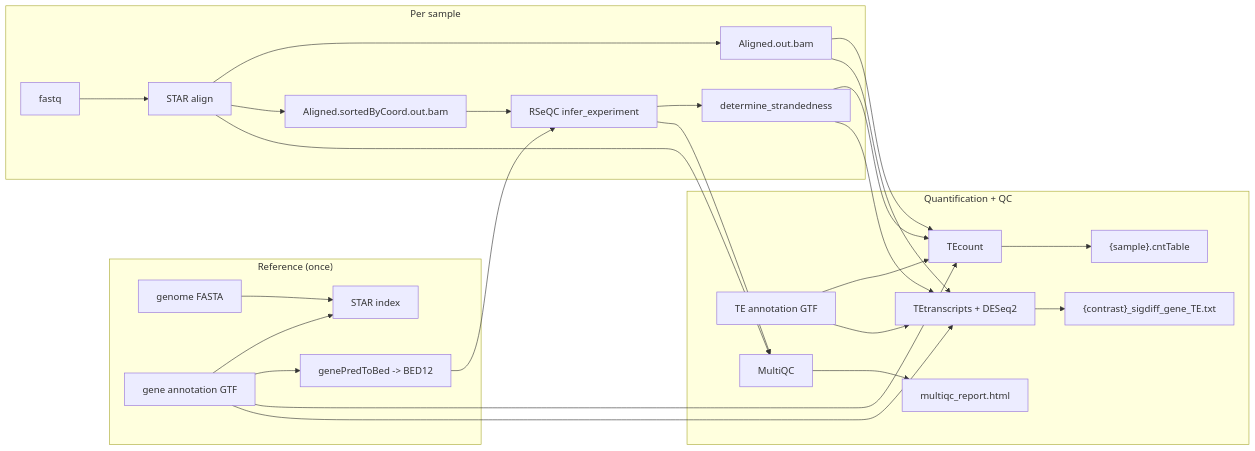
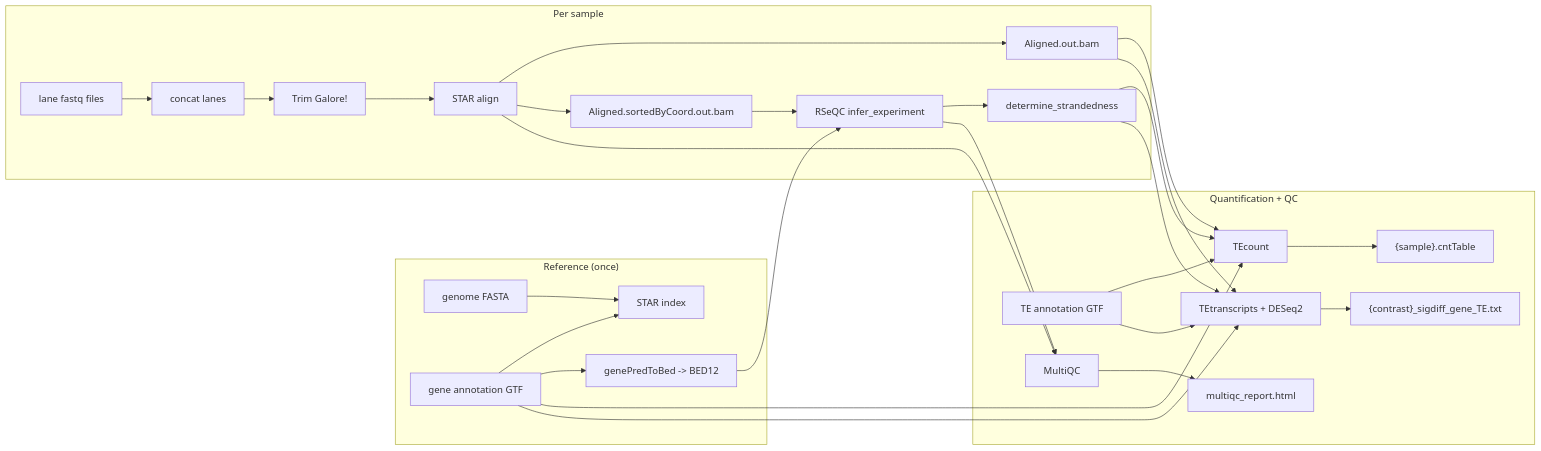
The diagram in README.md (altintasali/TEtranscripts-pipe), drawn with Mermaid before and after one commit. The commit also changed other lines of this file and 32 other files, not shown here.

First line of the commit message:
Add TrimGalore! trimming and multi-lane fastq merging

````diff
--- a/README.md
+++ b/README.md
@@ -9,35 +9,35 @@
 ```mermaid
 flowchart LR
     subgraph refs["Reference (once)"]
         fasta[genome FASTA] --> staridx[STAR index]
         gtf[gene annotation GTF] --> staridx
         gtf --> bed12[genePredToBed -> BED12]
     end
 
     subgraph sample["Per sample"]
-        fq[fastq] --> align[STAR align]
+        lanes[lane fastq files] --> merge[concat lanes] --> trim[Trim Galore!] --> align[STAR align]
         align --> unsorted[Aligned.out.bam]
         align --> sorted[Aligned.sortedByCoord.out.bam]
         sorted --> infer[RSeQC infer_experiment]
         bed12 --> infer
         infer --> strand[determine_strandedness]
     end
 
     subgraph quant["Quantification + QC"]
         unsorted --> tecount[TEcount]
         gtf --> tecount
         teg[TE annotation GTF] --> tecount
         strand --> tecount
         tecount --> cnt["{sample}.cntTable"]
 
         unsorted --> diffexp[TEtranscripts + DESeq2]
         gtf --> diffexp
         teg --> diffexp
         strand --> diffexp
         diffexp --> sig["{contrast}_sigdiff_gene_TE.txt"]
 
         align --> multiqc[MultiQC]
         infer --> multiqc
         multiqc --> report[multiqc_report.html]
     end
 ```
````
